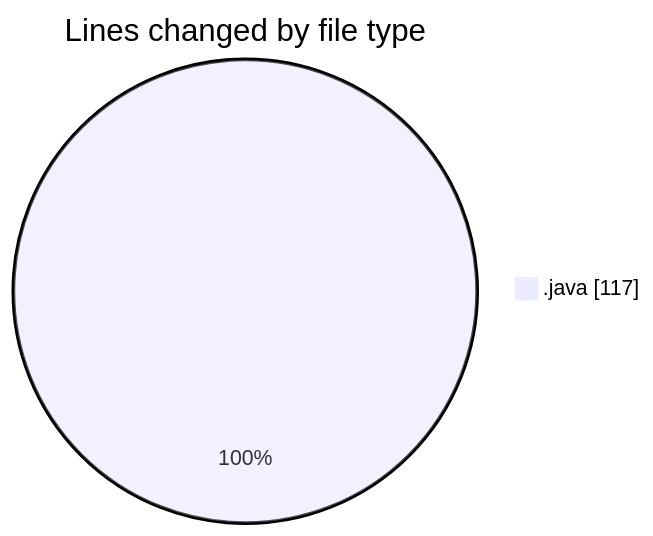
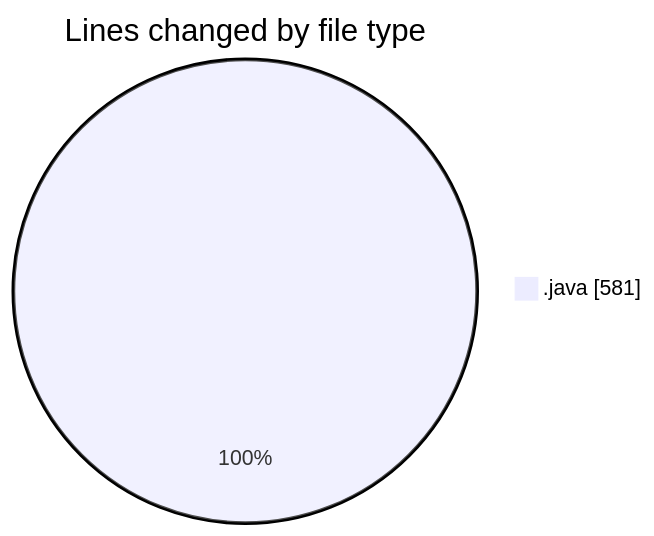
One commit to ricardozamudiocil/code-tracking changed the first of 2 diagrams in 2026-04-28/cilapp/README.md. Above: the diagram before and after it, drawn with Mermaid. The commit also changed other lines of this file and 1 other file, not shown here.

````diff
--- a/2026-04-28/cilapp/README.md
+++ b/2026-04-28/cilapp/README.md
@@ -20,5 +22,5 @@
 ```mermaid
 pie showData
 title Lines changed by file type
-".java" : 117
+".java" : 581
 ```
````
